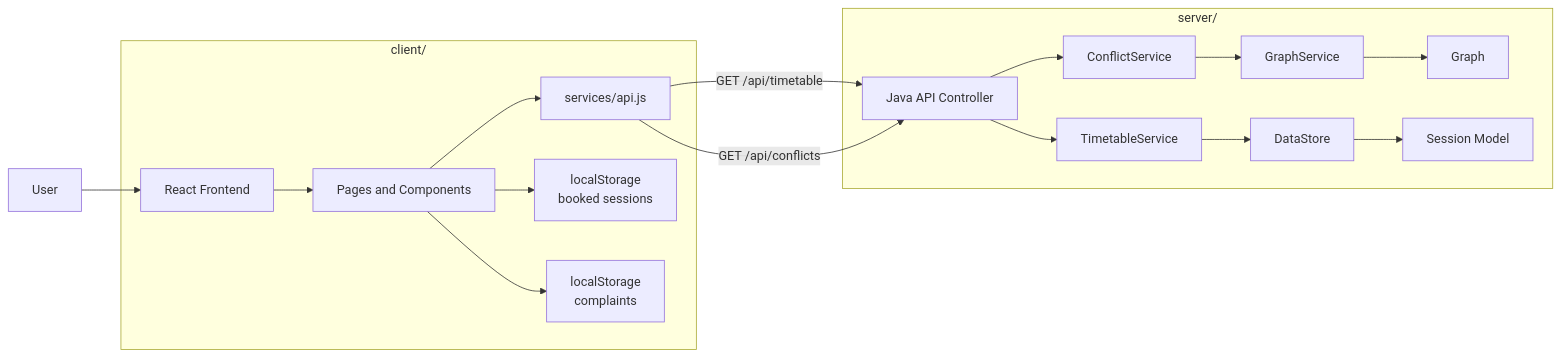
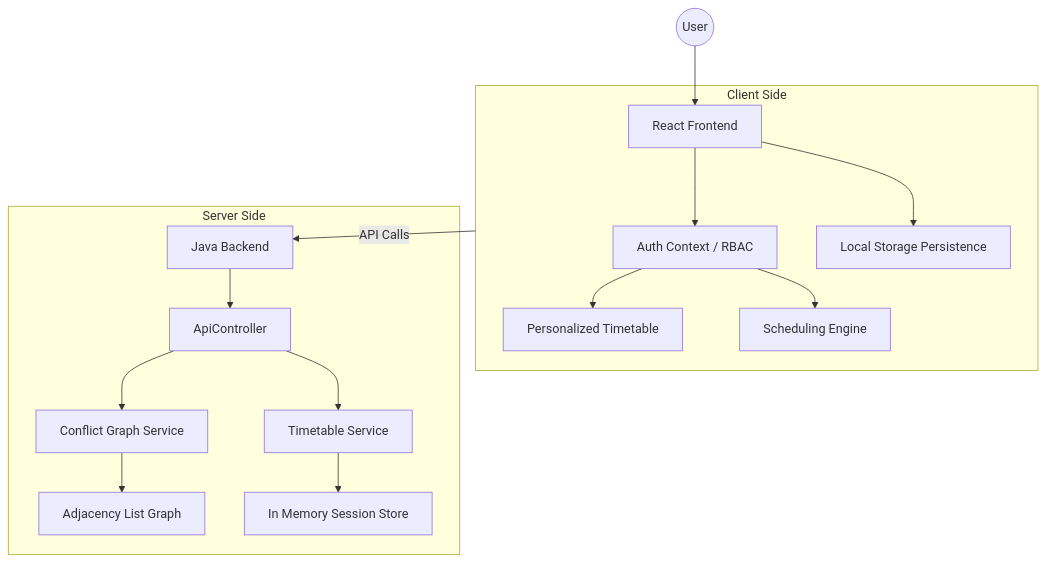
One commit to jhanvi857/CampusFlow changed the first of 3 diagrams in README.md. Above: the diagram before and after it, drawn with Mermaid. The commit also changed other lines of this file, not shown here.

````diff
--- a/README.md
+++ b/README.md
@@ -42,23 +29,21 @@
 ```mermaid
-flowchart LR
-    U[User] --> F[React Frontend]
-
-    subgraph Client["client/"]
-        F --> R[Pages and Components]
-        R --> S[services/api.js]
-        R --> L1[localStorage<br/>booked sessions]
-        R --> L2[localStorage<br/>complaints]
+graph TD
+    User((User)) --> Client[React Frontend]
+    
+    subgraph ClientLayer [Client Side]
+        Client --> Auth[Auth Context / RBAC]
+        Client --> Store[Local Storage Persistence]
+        Auth --> StudentBoard[Personalized Timetable]
+        Auth --> AdminTools[Scheduling Engine]
     end
 
-    S -->|GET /api/timetable| A[Java API Controller]
-    S -->|GET /api/conflicts| A
+    ClientLayer -- "API Calls" --> Server[Java Backend]
 
-    subgraph Server["server/"]
-        A --> T[TimetableService]
-        A --> C[ConflictService]
-        T --> D[DataStore]
-        C --> G[GraphService]
-        G --> H[Graph]
-        D --> M[Session Model]
+    subgraph ServerLayer [Server Side]
+        Server --> API[ApiController]
+        API --> ConflictSvc[Conflict Graph Service]
+        API --> TimetableSvc[Timetable Service]
+        ConflictSvc --> GraphModel[Adjacency List Graph]
+        TimetableSvc --> DataStore[In Memory Session Store]
     end
 ```
````
